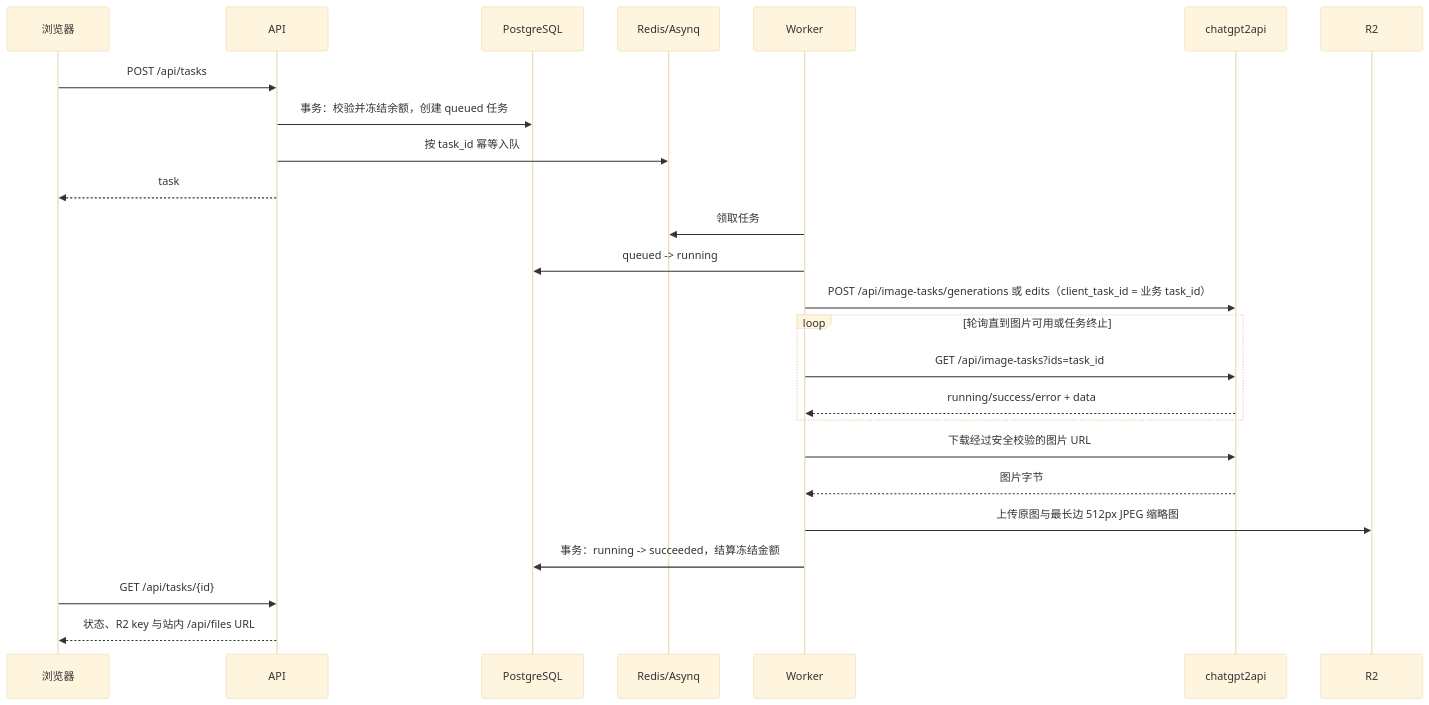
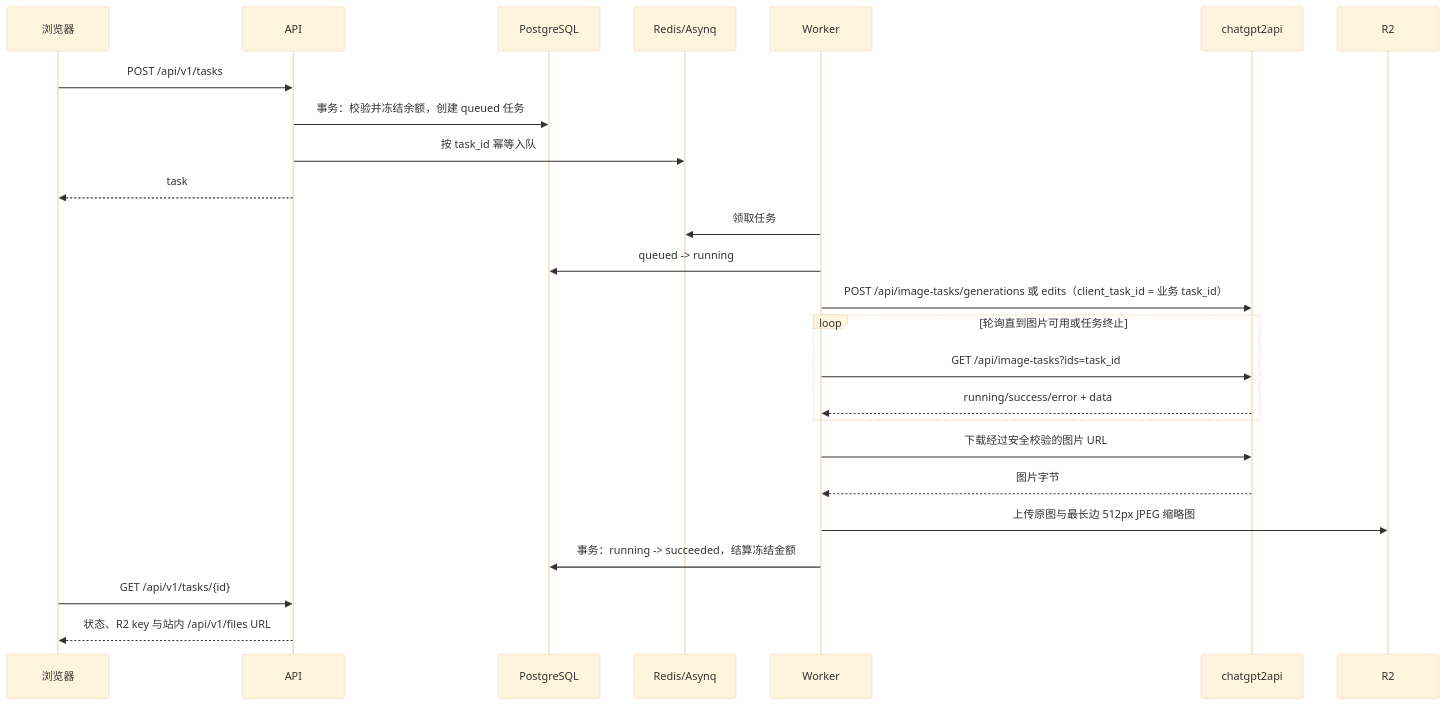
Before and after one commit to BlankLife886/startcloudsai: the second of 2 diagrams in docs/ARCHITECTURE.md, drawn with Mermaid (base theme). The commit also changed other lines of this file and 85 other files, not shown here.

````diff
--- a/docs/ARCHITECTURE.md
+++ b/docs/ARCHITECTURE.md
@@ -53,27 +53,27 @@
 ```mermaid
 sequenceDiagram
   participant B as 浏览器
   participant S as API
   participant P as PostgreSQL
   participant R as Redis/Asynq
   participant W as Worker
   participant C as chatgpt2api
   participant O as R2
-  B->>S: POST /api/tasks
+  B->>S: POST /api/v1/tasks
   S->>P: 事务：校验并冻结余额，创建 queued 任务
   S->>R: 按 task_id 幂等入队
   S-->>B: task
   W->>R: 领取任务
   W->>P: queued -> running
   W->>C: POST /api/image-tasks/generations 或 edits（client_task_id = 业务 task_id）
   loop 轮询直到图片可用或任务终止
     W->>C: GET /api/image-tasks?ids=task_id
     C-->>W: running/success/error + data
   end
   W->>C: 下载经过安全校验的图片 URL
   C-->>W: 图片字节
   W->>O: 上传原图与最长边 512px JPEG 缩略图
   W->>P: 事务：running -> succeeded，结算冻结金额
-  B->>S: GET /api/tasks/{id}
-  S-->>B: 状态、R2 key 与站内 /api/files URL
+  B->>S: GET /api/v1/tasks/{id}
+  S-->>B: 状态、R2 key 与站内 /api/v1/files URL
 ```
````
